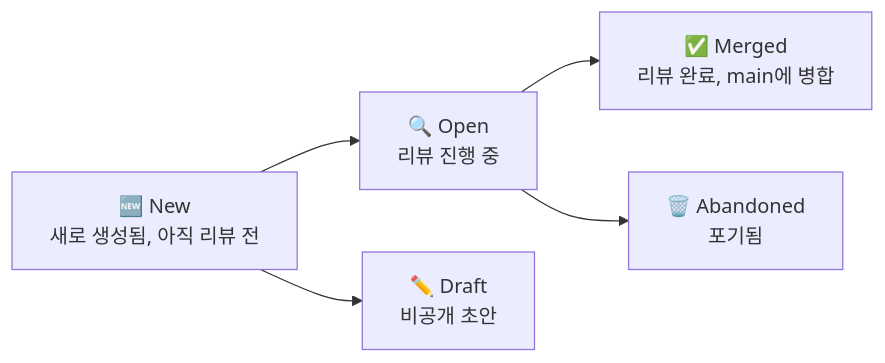
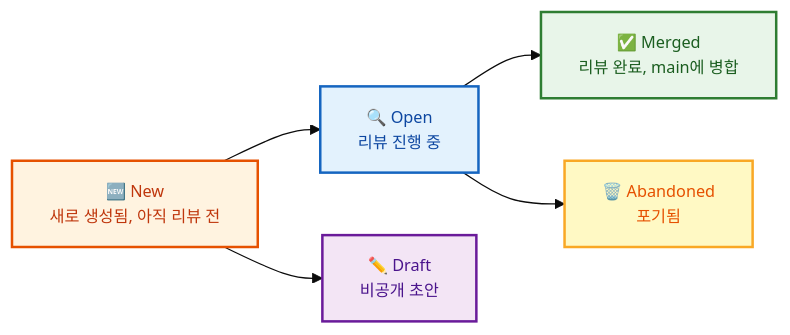
One commit to jingu279/Document changed the second of 2 diagrams in git/07_Gerrit/03_Change와_Patch_Set.md. Above: the diagram before and after it, drawn with Mermaid. The commit also changed other lines of this file and 24 other files, not shown here.

First line of the commit message:
Git 문서 전체 Mermaid 다이어그램 스타일링 통일

````diff
--- a/git/07_Gerrit/03_Change와_Patch_Set.md
+++ b/git/07_Gerrit/03_Change와_Patch_Set.md
@@ -71,7 +78,14 @@
 ```mermaid
+%%{init: {'theme': 'base', 'themeVariables': {'fontSize': '13px'}}}%%
 flowchart LR
-  New["🆕 New<br/>새로 생성됨, 아직 리뷰 전"] --> Open["🔍 Open<br/>리뷰 진행 중"]
-  Open --> Merged["✅ Merged<br/>리뷰 완료, main에 병합"]
-  Open --> Abandoned["🗑️ Abandoned<br/>포기됨"]
-  New --> Draft["✏️ Draft<br/>비공개 초안"]
+  New["🆕 New<br/>새로 생성됨, 아직 리뷰 전"]:::main --> Open["🔍 Open<br/>리뷰 진행 중"]:::proc
+  Open --> Merged["✅ Merged<br/>리뷰 완료, main에 병합"]:::sub
+  Open --> Abandoned["🗑️ Abandoned<br/>포기됨"]:::decision
+  New --> Draft["✏️ Draft<br/>비공개 초안"]:::highlight
+
+classDef main fill:#fff3e0,stroke:#e65100,stroke-width:2px,color:#bf360c
+classDef sub fill:#e8f5e9,stroke:#2e7d32,stroke-width:2px,color:#1b5e20
+classDef proc fill:#e3f2fd,stroke:#1565c0,stroke-width:2px,color:#0d47a1
+classDef decision fill:#fff9c4,stroke:#f9a825,stroke-width:2px,color:#e65100
+classDef highlight fill:#f3e5f5,stroke:#6a1b9a,stroke-width:2px,color:#4a148c
 ```
````
